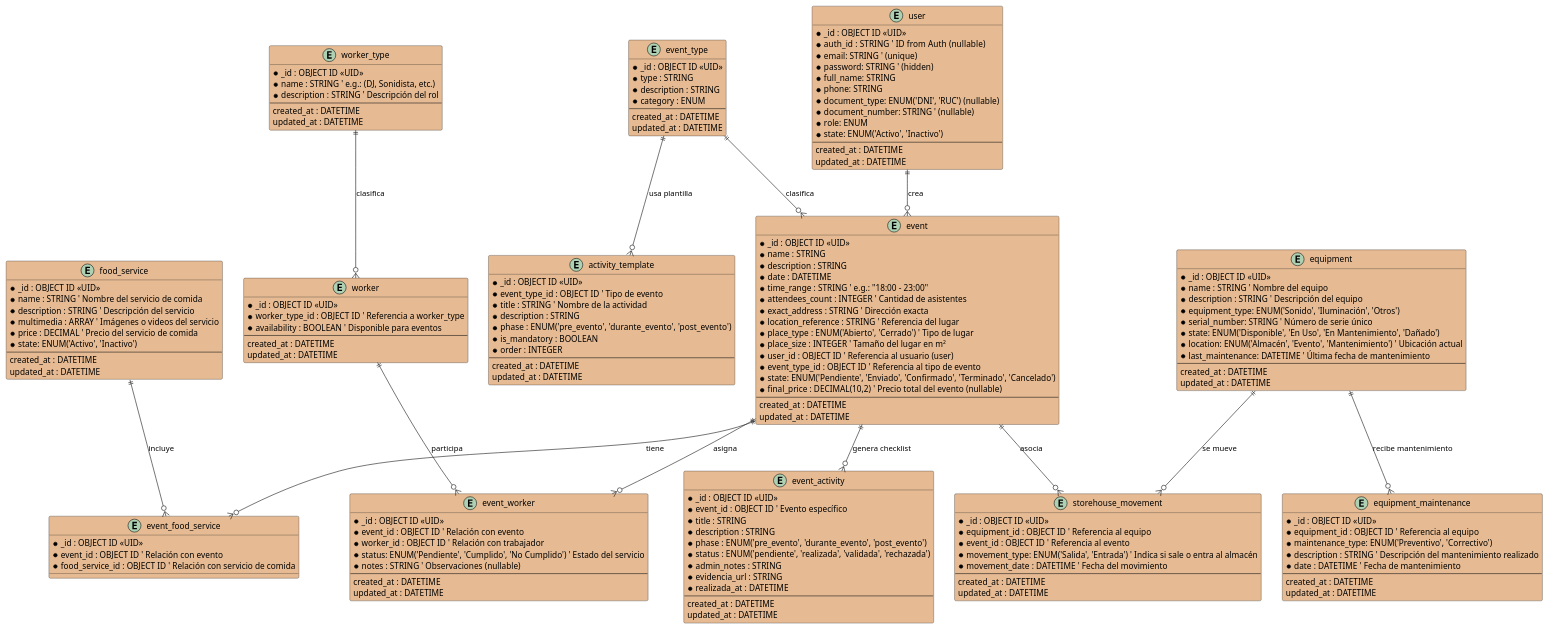
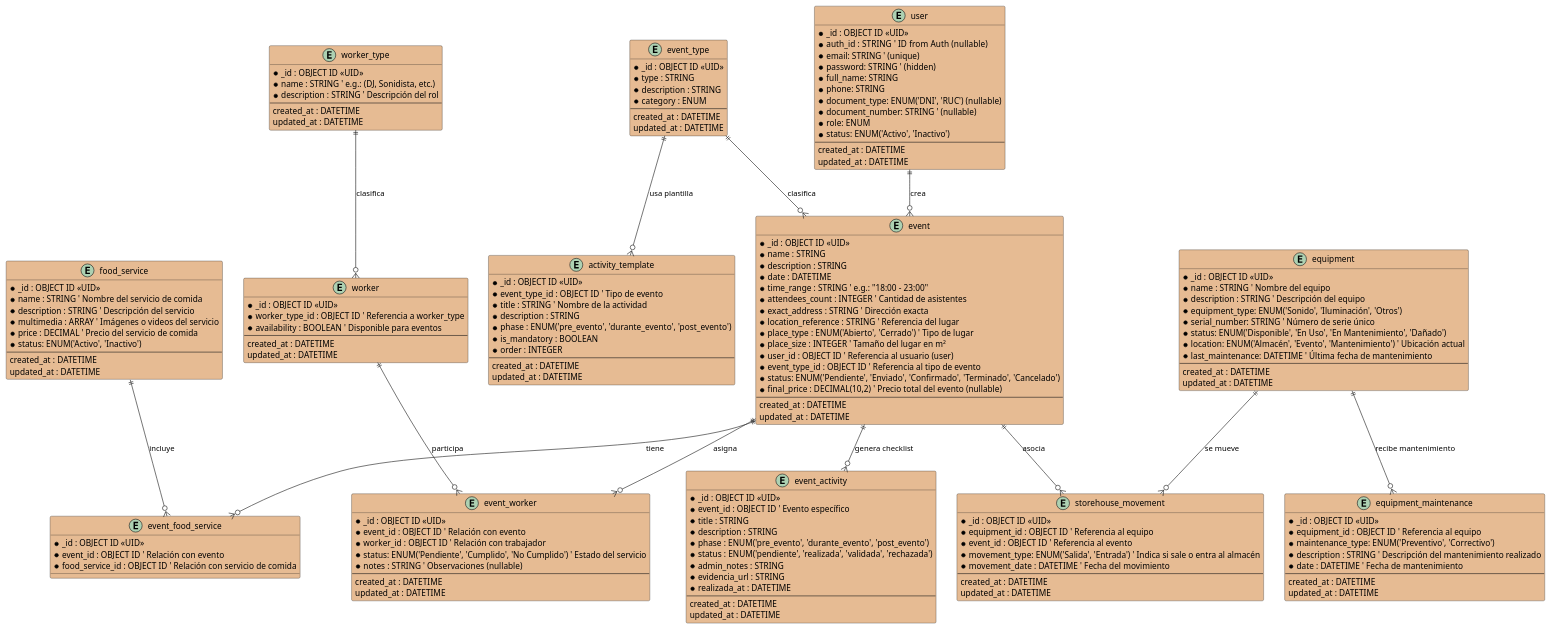
The diagram in docs/model/levelmusic.puml (gastonrodrig/level-music-api), drawn with PlantUML before and after one commit. The commit also changed 7 other files, not shown here.

```diff
--- a/docs/model/levelmusic.puml
+++ b/docs/model/levelmusic.puml
@@ -1,179 +1,179 @@
 @startuml levelmusic_diagram
 '-----------------------------
 ' Entities
 '-----------------------------
 entity user #E6BB93 {
   * _id : OBJECT ID <<UID>>
   * auth_id : STRING  ' ID from Auth (nullable)
   * email: STRING ' (unique)
   * password: STRING ' (hidden)
   * full_name: STRING
   * phone: STRING
   * document_type: ENUM('DNI', 'RUC') (nullable)
   * document_number: STRING ' (nullable)
   * role: ENUM
-  * state: ENUM('Activo', 'Inactivo')
+  * status: ENUM('Activo', 'Inactivo')
   --
   created_at : DATETIME
   updated_at : DATETIME
 }
 
 entity event_type #E6BB93 {
   * _id : OBJECT ID <<UID>>
   * type : STRING
   * description : STRING
   * category : ENUM
   --
   created_at : DATETIME
   updated_at : DATETIME
 }
 
 entity event #E6BB93 {
   * _id : OBJECT ID <<UID>>
   * name : STRING
   * description : STRING
   * date : DATETIME
   * time_range : STRING ' e.g.: "18:00 - 23:00"
   * attendees_count : INTEGER ' Cantidad de asistentes
   * exact_address : STRING ' Dirección exacta
   * location_reference : STRING ' Referencia del lugar
   * place_type : ENUM('Abierto', 'Cerrado') ' Tipo de lugar
   * place_size : INTEGER ' Tamaño del lugar en m²
   * user_id : OBJECT ID ' Referencia al usuario (user)
   * event_type_id : OBJECT ID ' Referencia al tipo de evento
-  * state: ENUM('Pendiente', 'Enviado', 'Confirmado', 'Terminado', 'Cancelado')
+  * status: ENUM('Pendiente', 'Enviado', 'Confirmado', 'Terminado', 'Cancelado')
   * final_price : DECIMAL(10,2) ' Precio total del evento (nullable)
   --
   created_at : DATETIME
   updated_at : DATETIME
 }
 
 entity food_service #E6BB93 {
   * _id : OBJECT ID <<UID>>
   * name : STRING ' Nombre del servicio de comida
   * description : STRING ' Descripción del servicio
   * multimedia : ARRAY ' Imágenes o videos del servicio
   * price : DECIMAL ' Precio del servicio de comida
-  * state: ENUM('Activo', 'Inactivo')
+  * status: ENUM('Activo', 'Inactivo')
   --
   created_at : DATETIME
   updated_at : DATETIME
 }
 
 entity event_food_service #E6BB93 {
   * _id : OBJECT ID <<UID>>
   * event_id : OBJECT ID ' Relación con evento
   * food_service_id : OBJECT ID ' Relación con servicio de comida
 }
 
 entity worker_type #E6BB93 {
   * _id : OBJECT ID <<UID>>
   * name : STRING ' e.g.: (DJ, Sonidista, etc.)
   * description : STRING ' Descripción del rol
   --
   created_at : DATETIME
   updated_at : DATETIME
 }
 
 entity worker #E6BB93 {
   * _id : OBJECT ID <<UID>>
   * worker_type_id : OBJECT ID ' Referencia a worker_type
   * availability : BOOLEAN ' Disponible para eventos
   --
   created_at : DATETIME
   updated_at : DATETIME
 }
 
 entity event_worker #E6BB93 {
   * _id : OBJECT ID <<UID>>
   * event_id : OBJECT ID ' Relación con evento
   * worker_id : OBJECT ID ' Relación con trabajador
   * status: ENUM('Pendiente', 'Cumplido', 'No Cumplido') ' Estado del servicio
   * notes : STRING ' Observaciones (nullable)
   --
   created_at : DATETIME
   updated_at : DATETIME
 }
 
 entity equipment #E6BB93 {
   * _id : OBJECT ID <<UID>>
   * name : STRING ' Nombre del equipo
   * description : STRING ' Descripción del equipo
   * equipment_type: ENUM('Sonido', 'Iluminación', 'Otros') 
   * serial_number: STRING ' Número de serie único
-  * state: ENUM('Disponible', 'En Uso', 'En Mantenimiento', 'Dañado')
+  * status: ENUM('Disponible', 'En Uso', 'En Mantenimiento', 'Dañado')
   * location: ENUM('Almacén', 'Evento', 'Mantenimiento') ' Ubicación actual
   * last_maintenance: DATETIME ' Última fecha de mantenimiento
   --
   created_at : DATETIME
   updated_at : DATETIME
 }
 
 entity equipment_maintenance #E6BB93 {
   * _id : OBJECT ID <<UID>>
   * equipment_id : OBJECT ID ' Referencia al equipo
   * maintenance_type: ENUM('Preventivo', 'Correctivo')
   * description : STRING ' Descripción del mantenimiento realizado
   * date : DATETIME ' Fecha de mantenimiento
   --
   created_at : DATETIME
   updated_at : DATETIME
 }
 
 entity storehouse_movement #E6BB93 {
   * _id : OBJECT ID <<UID>>
   * equipment_id : OBJECT ID ' Referencia al equipo
   * event_id : OBJECT ID ' Referencia al evento
   * movement_type: ENUM('Salida', 'Entrada') ' Indica si sale o entra al almacén
   * movement_date : DATETIME ' Fecha del movimiento
   --
   created_at : DATETIME
   updated_at : DATETIME
 }
 
 entity activity_template #E6BB93 {
   * _id : OBJECT ID <<UID>>
   * event_type_id : OBJECT ID ' Tipo de evento
   * title : STRING ' Nombre de la actividad
   * description : STRING
   * phase : ENUM('pre_evento', 'durante_evento', 'post_evento')
   * is_mandatory : BOOLEAN
   * order : INTEGER
   --
   created_at : DATETIME
   updated_at : DATETIME
 }
 
 entity event_activity #E6BB93 {
   * _id : OBJECT ID <<UID>>
   * event_id : OBJECT ID ' Evento específico
   * title : STRING
   * description : STRING
   * phase : ENUM('pre_evento', 'durante_evento', 'post_evento')
   * status : ENUM('pendiente', 'realizada', 'validada', 'rechazada')
   * admin_notes : STRING
   * evidencia_url : STRING
   * realizada_at : DATETIME
   --
   created_at : DATETIME
   updated_at : DATETIME
 }
 
 '-----------------------------
 ' Relationships
 '-----------------------------
 
 user ||--o{ event : "crea"
 event_type ||--o{ event : "clasifica"
 event ||--o{ event_food_service : "tiene"
 food_service ||--o{ event_food_service : "incluye"
 worker_type ||--o{ worker : "clasifica"
 event ||--o{ event_worker : "asigna"
 worker ||--o{ event_worker : "participa"
 event ||--o{ storehouse_movement : "asocia"
 equipment ||--o{ storehouse_movement : "se mueve"
 equipment ||--o{ equipment_maintenance : "recibe mantenimiento"
 event_type ||--o{ activity_template : "usa plantilla"
 event ||--o{ event_activity : "genera checklist"
 
 @enduml
```
